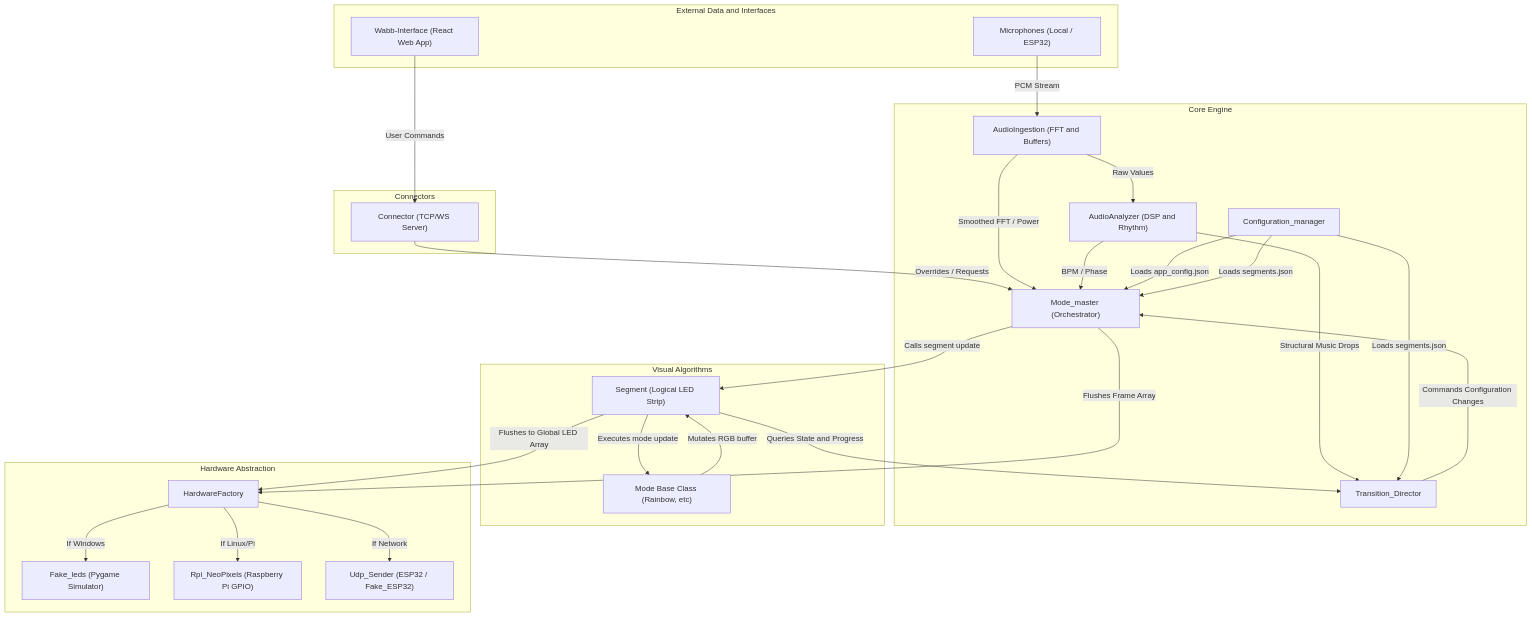
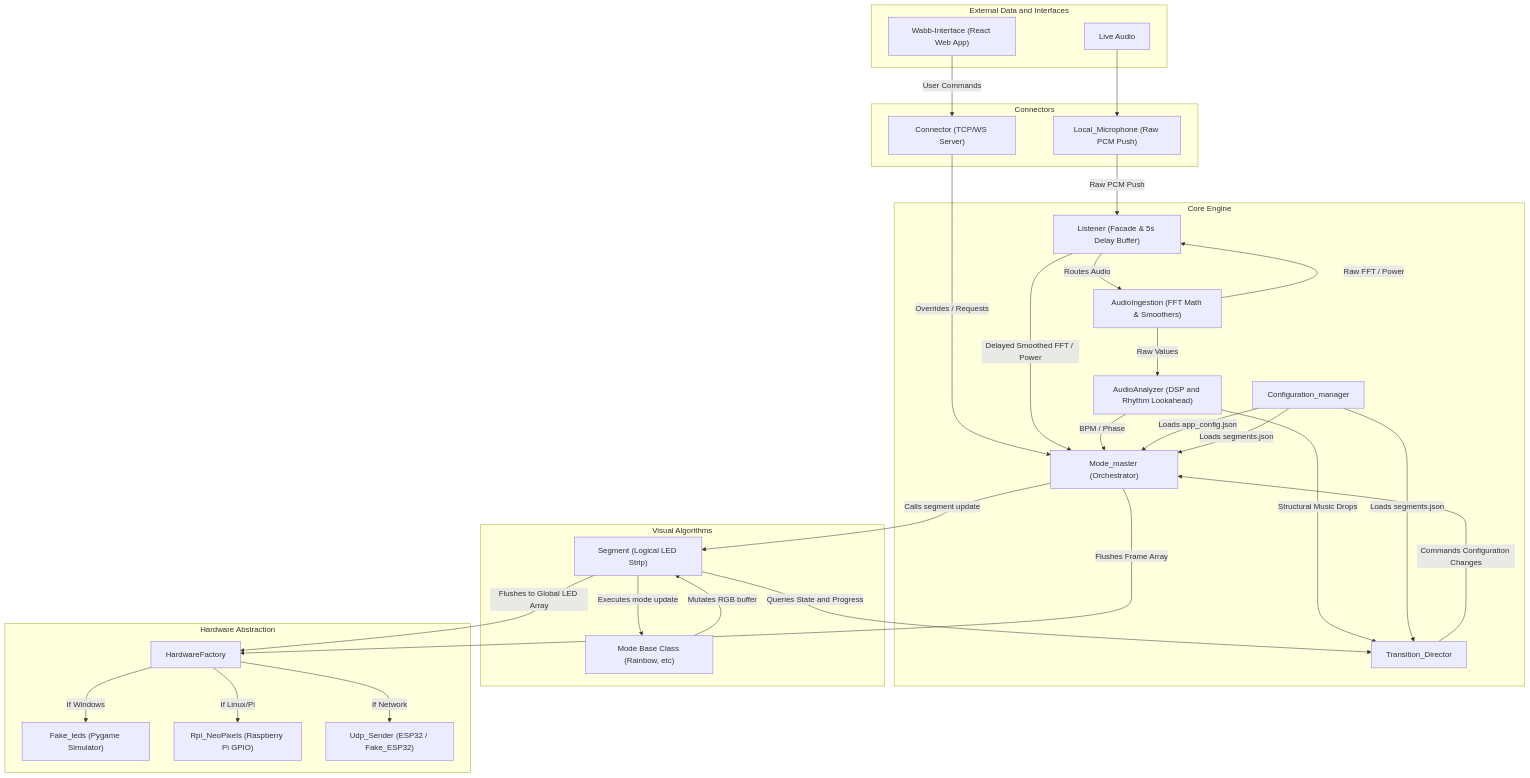
The diagram in project_overview.md (LucRobey/vialactee), drawn with Mermaid before and after one commit. The commit also changed other lines of this file and 18 other files, not shown here.

Commit message:
remove ESP32 microphone,

````diff
--- a/project_overview.md
+++ b/project_overview.md
@@ -13,62 +13,66 @@
 ```mermaid
 graph TD
     %% External Inputs
     subgraph Inputs [External Data and Interfaces]
         Wabb["Wabb-Interface (React Web App)"]
-        Mic["Microphones (Local / ESP32)"]
+        RoomAudio["Live Audio"]
     end
 
     %% Network and Audio Ingestion
     subgraph Connectors [Connectors]
         Conn["Connector (TCP/WS Server)"]
-        Mic["Microphones (Local / ESP32)"]
+        Mic["Local_Microphone (Raw PCM Push)"]
     end
 
     Wabb -->|User Commands| Conn
+    RoomAudio --> Mic
 
     %% Core Processing Engine
     subgraph Core [Core Engine]
         Config["Configuration_manager"]
-        AudioIngest["AudioIngestion (FFT and Buffers)"]
-        AudioAnalyz["AudioAnalyzer (DSP and Rhythm)"]
+        ListenerFacade["Listener (Facade & 5s Delay Buffer)"]
+        AudioIngest["AudioIngestion (FFT Math & Smoothers)"]
+        AudioAnalyz["AudioAnalyzer (DSP and Rhythm Lookahead)"]
         ModeMaster["Mode_master (Orchestrator)"]
         TransDir["Transition_Director"]
     end
 
-    Mic -->|PCM Stream| AudioIngest
+    Mic -->|Raw PCM Push| ListenerFacade
     Conn -->|Overrides / Requests| ModeMaster
+    ListenerFacade -->|Routes Audio| AudioIngest
     AudioIngest -->|Raw Values| AudioAnalyz
-    AudioIngest -->|Smoothed FFT / Power| ModeMaster
+    AudioIngest -->|Raw FFT / Power| ListenerFacade
+    ListenerFacade -->|Delayed Smoothed FFT / Power| ModeMaster
     AudioAnalyz -->|BPM / Phase| ModeMaster
     AudioAnalyz -->|Structural Music Drops| TransDir
     TransDir -->|Commands Configuration Changes| ModeMaster
 
     %% Animation and Visuals
     subgraph Visuals [Visual Algorithms]
         Mode["Mode Base Class (Rainbow, etc)"]
         Seg["Segment (Logical LED Strip)"]
     end
 
     Config -->|Loads app_config.json| ModeMaster
     Config -->|Loads segments.json| ModeMaster
     Config -->|Loads segments.json| TransDir
 
     ModeMaster -->|Calls segment update| Seg
     Seg -->|Queries State and Progress| TransDir
     Seg -->|Executes mode update| Mode
     Mode -->|Mutates RGB buffer| Seg
     Seg -->|Flushes to Global LED Array| HwFac
 
     %% Hardware Output Layer
     subgraph Hardware [Hardware Abstraction]
         HwFac["HardwareFactory"]
         Fake["Fake_leds (Pygame Simulator)"]
         Rpi["Rpi_NeoPixels (Raspberry Pi GPIO)"]
         UDP["Udp_Sender (ESP32 / Fake_ESP32)"]
     end
 
     ModeMaster -->|Flushes Frame Array| HwFac
     HwFac -->|If Windows| Fake
     HwFac -->|If Linux/Pi| Rpi
     HwFac -->|If Network| UDP
 ```
````
